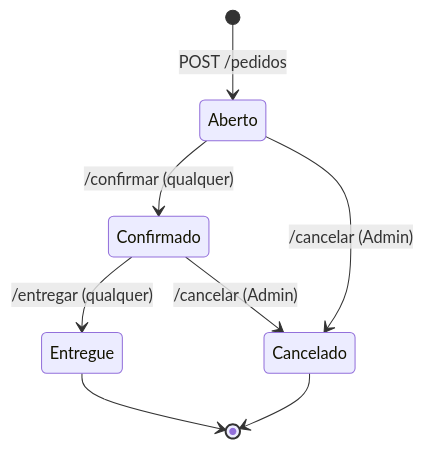
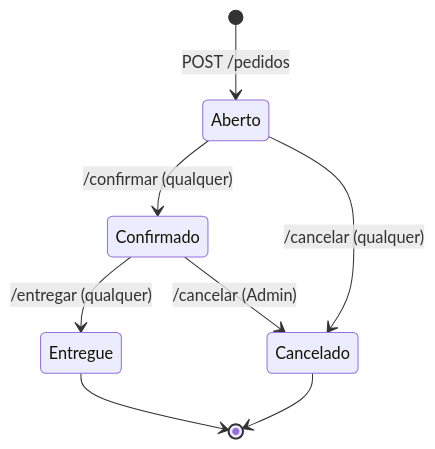
One commit to MatheusRamos1223/CRUDConfeitaria changed the diagram in docs/fases-2-4.md. Above: the diagram before and after it, drawn with Mermaid. The commit also changed other lines of this file, not shown here.

````diff
--- a/docs/fases-2-4.md
+++ b/docs/fases-2-4.md
@@ -376,10 +376,10 @@
 ```mermaid
 stateDiagram-v2
     [*] --> Aberto: POST /pedidos
     Aberto --> Confirmado: /confirmar (qualquer)
     Confirmado --> Entregue: /entregar (qualquer)
-    Aberto --> Cancelado: /cancelar (Admin)
+    Aberto --> Cancelado: /cancelar (qualquer)
     Confirmado --> Cancelado: /cancelar (Admin)
     Entregue --> [*]
     Cancelado --> [*]
 ```
````
